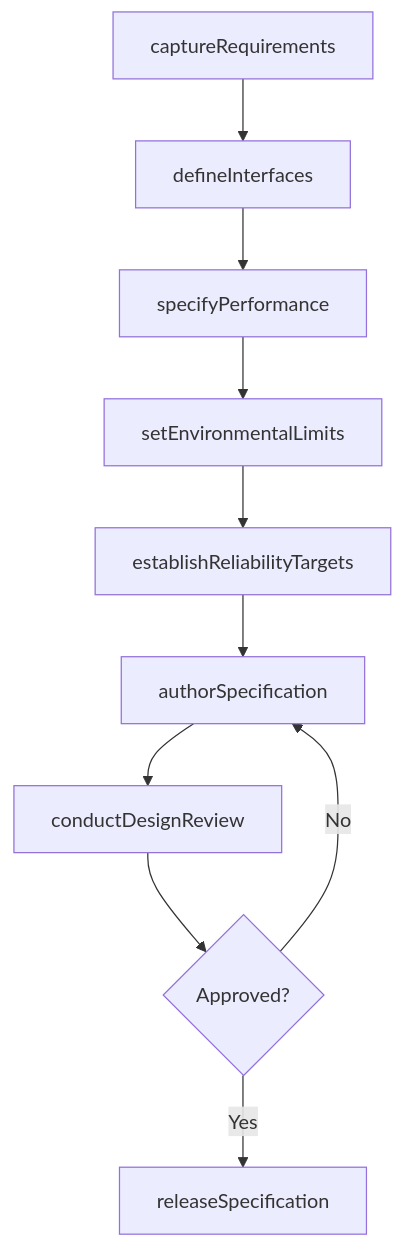
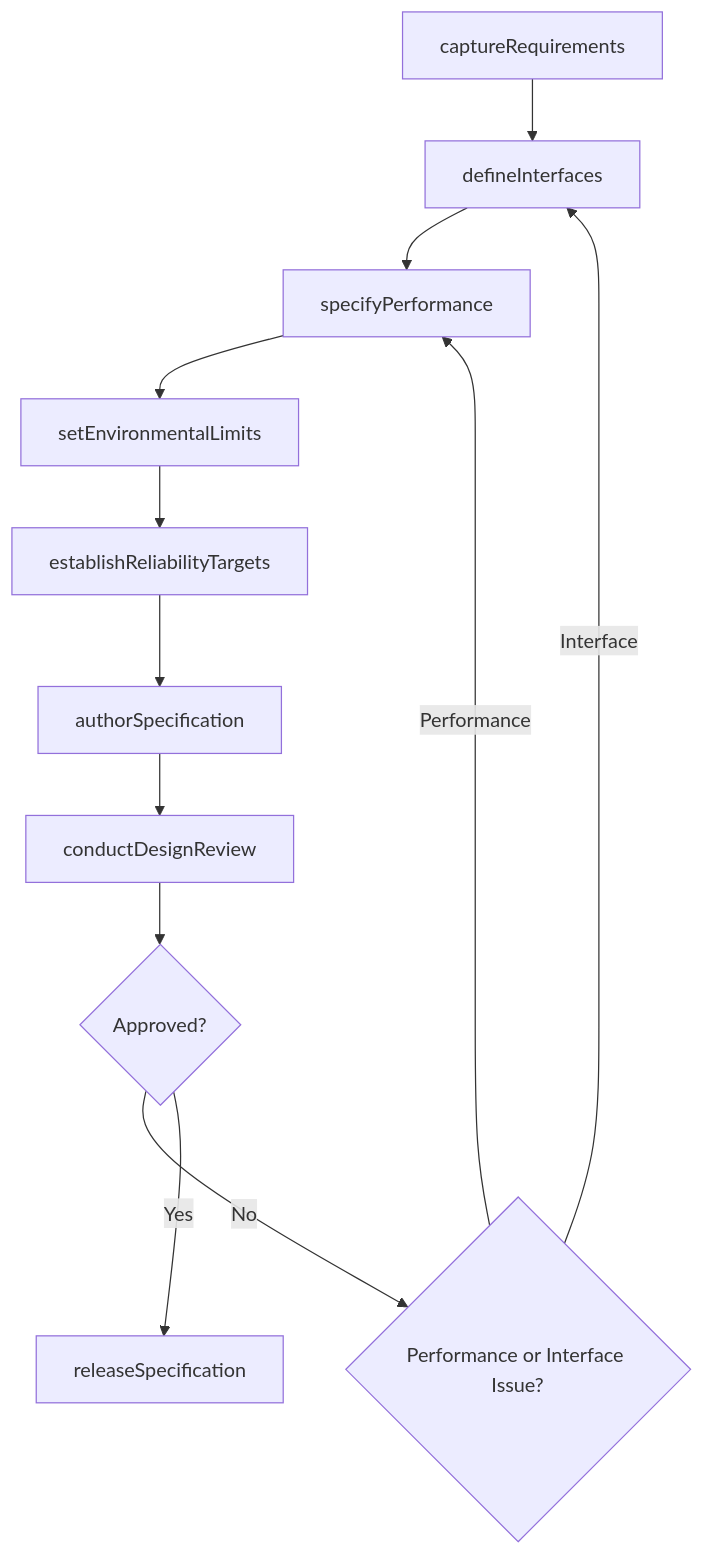
One commit to dot-org-ai/tasks.org.ai changed the third of 4 diagrams in ThinkingCreatively/DevelopTechnicalSpecificationsForProductsOrOperations/DevelopTechnicalSpecificationsSystemsEquipment.mdx. Above: the diagram before and after it, drawn with Mermaid. The commit also changed other lines of this file and 71 other files, not shown here.

Commit message:
feat: Add ER diagrams, state diagrams to 72 more DWA task files (wave 2 continued)

````diff
--- a/ThinkingCreatively/DevelopTechnicalSpecificationsForProductsOrOperations/DevelopTechnicalSpecificationsSystemsEquipment.mdx
+++ b/ThinkingCreatively/DevelopTechnicalSpecificationsForProductsOrOperations/DevelopTechnicalSpecificationsSystemsEquipment.mdx
@@ -91,12 +119,14 @@
 ```mermaid
 graph TD
     A[captureRequirements] --> B[defineInterfaces]
     B --> C[specifyPerformance]
     C --> D[setEnvironmentalLimits]
     D --> E[establishReliabilityTargets]
     E --> F[authorSpecification]
     F --> G[conductDesignReview]
     G --> H{Approved?}
-    H -->|No| F
-    H -->|Yes| I[releaseSpecification]
+    H -->|No| I{Performance or Interface Issue?}
+    I -->|Performance| C
+    I -->|Interface| B
+    H -->|Yes| J[releaseSpecification]
 ```
````
